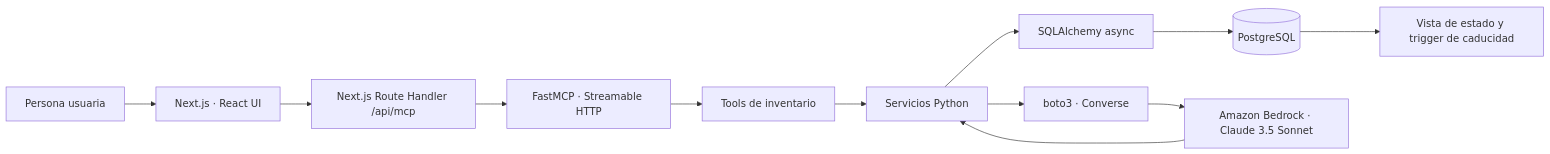
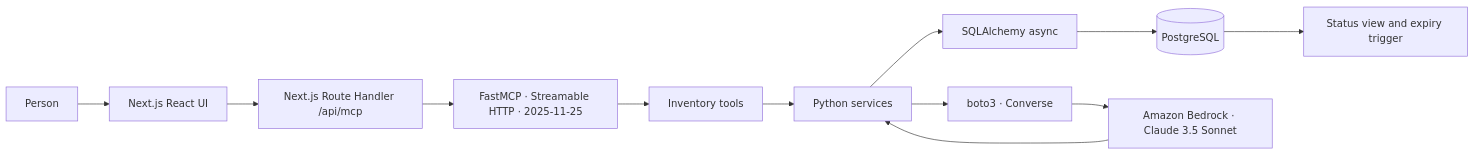
One commit to OsvaldoOsornio/Alexa-MCP-Grocery-control changed the diagram in README.md. Above: the diagram before and after it, drawn with Mermaid. The commit also changed other lines of this file and 8 other files, not shown here.

````diff
--- a/README.md
+++ b/README.md
@@ -19,14 +34,14 @@
 ```mermaid
 flowchart LR
-	U[Persona usuaria] --> UI[Next.js · React UI]
+	U[Person] --> UI[Next.js React UI]
 	UI --> RP[Next.js Route Handler /api/mcp]
-	RP --> MCP[FastMCP · Streamable HTTP]
-	MCP --> TOOLS[Tools de inventario]
-	TOOLS --> SVC[Servicios Python]
+	RP --> MCP[FastMCP · Streamable HTTP · 2025-11-25]
+	MCP --> TOOLS[Inventory tools]
+	TOOLS --> SVC[Python services]
 	SVC --> ORM[SQLAlchemy async]
 	ORM --> PG[(PostgreSQL)]
-	PG --> TR[Vista de estado y trigger de caducidad]
+	PG --> TR[Status view and expiry trigger]
 	SVC --> BOTO[boto3 · Converse]
 	BOTO --> BEDROCK[Amazon Bedrock · Claude 3.5 Sonnet]
 	BEDROCK --> SVC
 ```
````
